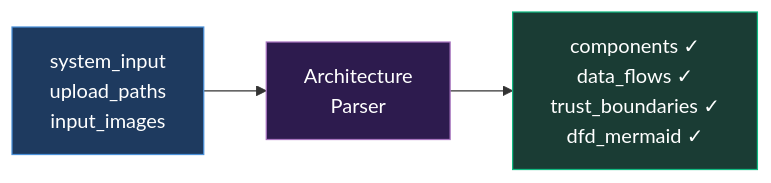
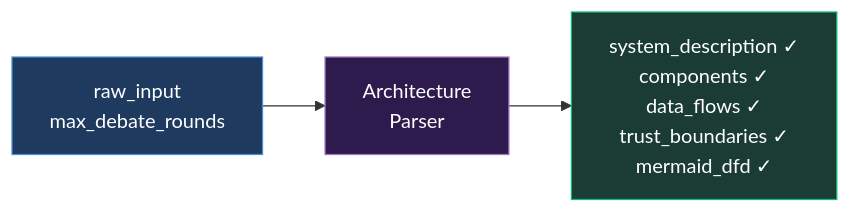
One commit to philocyber/agent-threat-modeler changed the second of 10 diagrams in docs/10_flujo_de_datos.md. Above: the diagram before and after it, drawn with Mermaid. The commit also changed other lines of this file and 56 other files, not shown here.

````diff
--- a/docs/10_flujo_de_datos.md
+++ b/docs/10_flujo_de_datos.md
@@ -82,9 +84,9 @@
 ```mermaid
 flowchart LR
-    INPUT["system_input<br/>upload_paths<br/>input_images"] --> AP["Architecture<br/>Parser"]
-    AP --> STATE1["components ✓<br/>data_flows ✓<br/>trust_boundaries ✓<br/>dfd_mermaid ✓"]
+    INPUT["raw_input<br/>max_debate_rounds"] --> AP["Architecture<br/>Parser"]
+    AP --> STATE1["system_description ✓<br/>components ✓<br/>data_flows ✓<br/>trust_boundaries ✓<br/>mermaid_dfd ✓"]
 
     style INPUT fill:#1e3a5f,stroke:#4a90d9,color:#fff
     style AP fill:#2d1b4e,stroke:#a773bf,color:#fff
     style STATE1 fill:#1a3c34,stroke:#10b981,color:#fff
 ```
````
